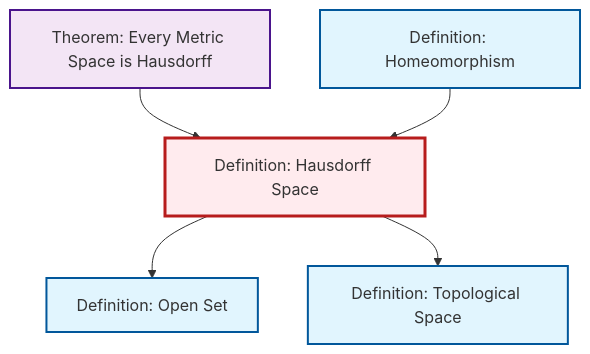
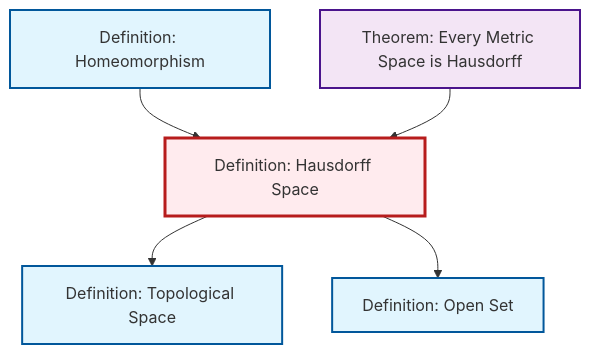
Before and after one commit to RK0429/ModernMath: the diagram in content/ja/topology/def-hausdorff.qmd, drawn with Mermaid. The commit also changed other lines of this file and 581 other files, not shown here.

````diff
--- a/content/ja/topology/def-hausdorff.qmd
+++ b/content/ja/topology/def-hausdorff.qmd
@@ -54,23 +54,23 @@
 ```{mermaid}
 %%| fig-cap: "Local dependency graph"
 graph TD
     classDef definition fill:#e1f5fe,stroke:#01579b,stroke-width:2px
     classDef theorem fill:#f3e5f5,stroke:#4a148c,stroke-width:2px
     classDef axiom fill:#fff3e0,stroke:#e65100,stroke-width:2px
     classDef example fill:#e8f5e9,stroke:#1b5e20,stroke-width:2px
     classDef current fill:#ffebee,stroke:#b71c1c,stroke-width:3px
-    thm-metric-hausdorff["Theorem: Every Metric Space is Hausdorff"]:::theorem
     def-hausdorff["Definition: Hausdorff Space"]:::definition
     def-open-set["Definition: Open Set"]:::definition
+    thm-metric-hausdorff["Theorem: Every Metric Space is Hausdorff"]:::theorem
     def-topological-space["Definition: Topological Space"]:::definition
     def-homeomorphism["Definition: Homeomorphism"]:::definition
+    def-hausdorff --> def-topological-space
+    def-homeomorphism --> def-hausdorff
     def-hausdorff --> def-open-set
-    def-hausdorff --> def-topological-space
     thm-metric-hausdorff --> def-hausdorff
-    def-homeomorphism --> def-hausdorff
     class def-hausdorff current
+    click def-open-set "def-open-set.html" "Definition: Open Setへ"
     click thm-metric-hausdorff "thm-metric-hausdorff.html" "Theorem: Every Metric Space is Hausdorffへ"
-    click def-open-set "def-open-set.html" "Definition: Open Setへ"
     click def-topological-space "def-topological-space.html" "Definition: Topological Spaceへ"
     click def-homeomorphism "def-homeomorphism.html" "Definition: Homeomorphismへ"
 ```
````
